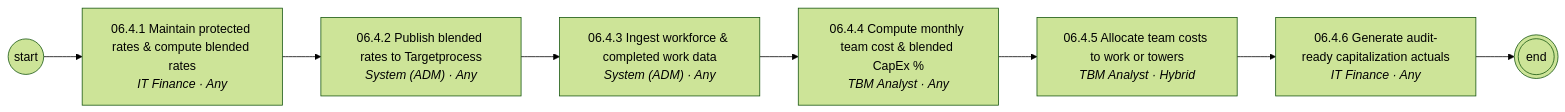
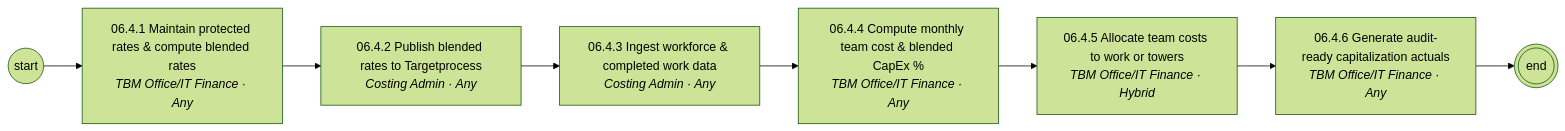
Before and after one commit to corbyjames/apptio-process-catalog: the fifth of 7 diagrams in diagrams/mermaid/area-06.md, drawn with Mermaid (forest theme). The commit also changed other lines of this file and 251 other files, not shown here.

````diff
--- a/diagrams/mermaid/area-06.md
+++ b/diagrams/mermaid/area-06.md
@@ -73,17 +73,17 @@
 ```mermaid
 flowchart LR
   S((start))
-  N06_4_1["06.4.1 Maintain protected rates & compute blended rates<br/><i>IT Finance · Any</i>"]
+  N06_4_1["06.4.1 Maintain protected rates & compute blended rates<br/><i>TBM Office/IT Finance · Any</i>"]
   S --> N06_4_1
-  N06_4_2["06.4.2 Publish blended rates to Targetprocess<br/><i>System (ADM) · Any</i>"]
+  N06_4_2["06.4.2 Publish blended rates to Targetprocess<br/><i>Costing Admin · Any</i>"]
   N06_4_1 --> N06_4_2
-  N06_4_3["06.4.3 Ingest workforce & completed work data<br/><i>System (ADM) · Any</i>"]
+  N06_4_3["06.4.3 Ingest workforce & completed work data<br/><i>Costing Admin · Any</i>"]
   N06_4_2 --> N06_4_3
-  N06_4_4["06.4.4 Compute monthly team cost & blended CapEx %<br/><i>TBM Analyst · Any</i>"]
+  N06_4_4["06.4.4 Compute monthly team cost & blended CapEx %<br/><i>TBM Office/IT Finance · Any</i>"]
   N06_4_3 --> N06_4_4
-  N06_4_5["06.4.5 Allocate team costs to work or towers<br/><i>TBM Analyst · Hybrid</i>"]
+  N06_4_5["06.4.5 Allocate team costs to work or towers<br/><i>TBM Office/IT Finance · Hybrid</i>"]
   N06_4_4 --> N06_4_5
-  N06_4_6["06.4.6 Generate audit-ready capitalization actuals<br/><i>IT Finance · Any</i>"]
+  N06_4_6["06.4.6 Generate audit-ready capitalization actuals<br/><i>TBM Office/IT Finance · Any</i>"]
   N06_4_5 --> N06_4_6
   N06_4_6 --> E(((end)))
 ```
````
